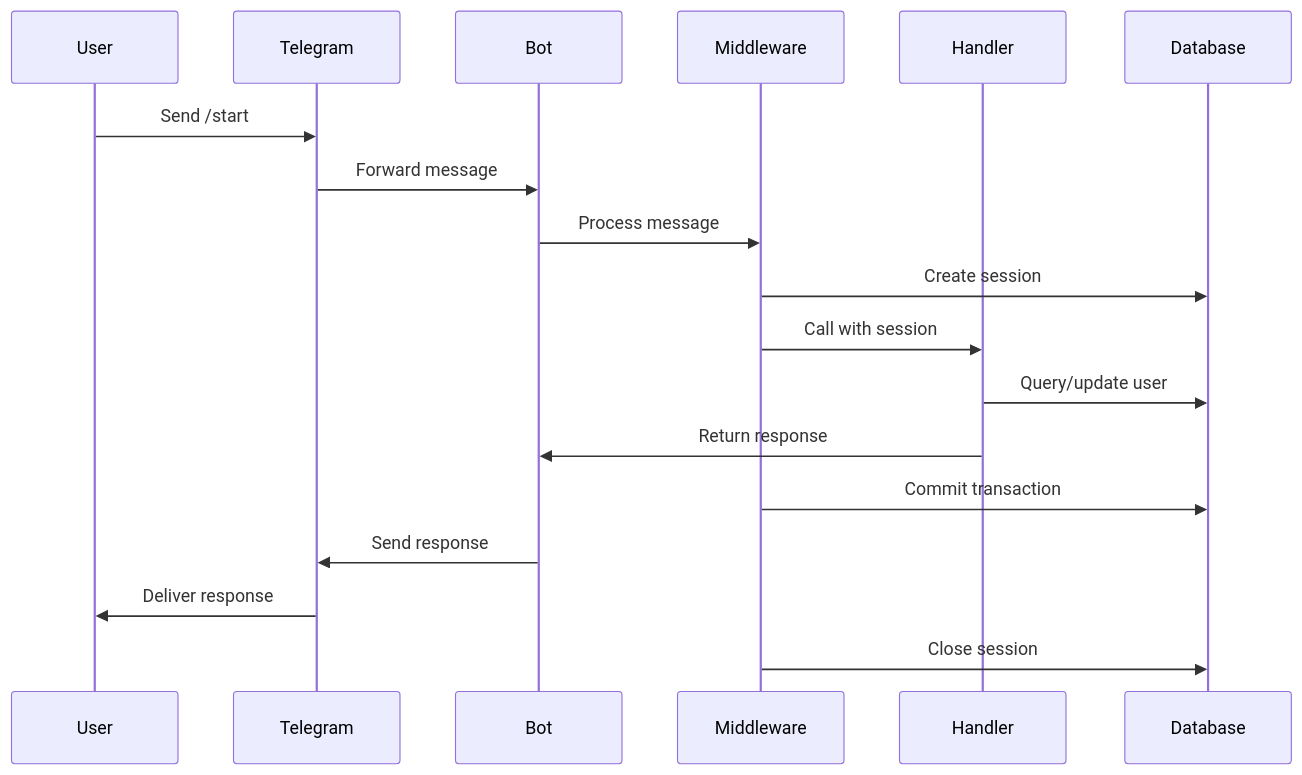
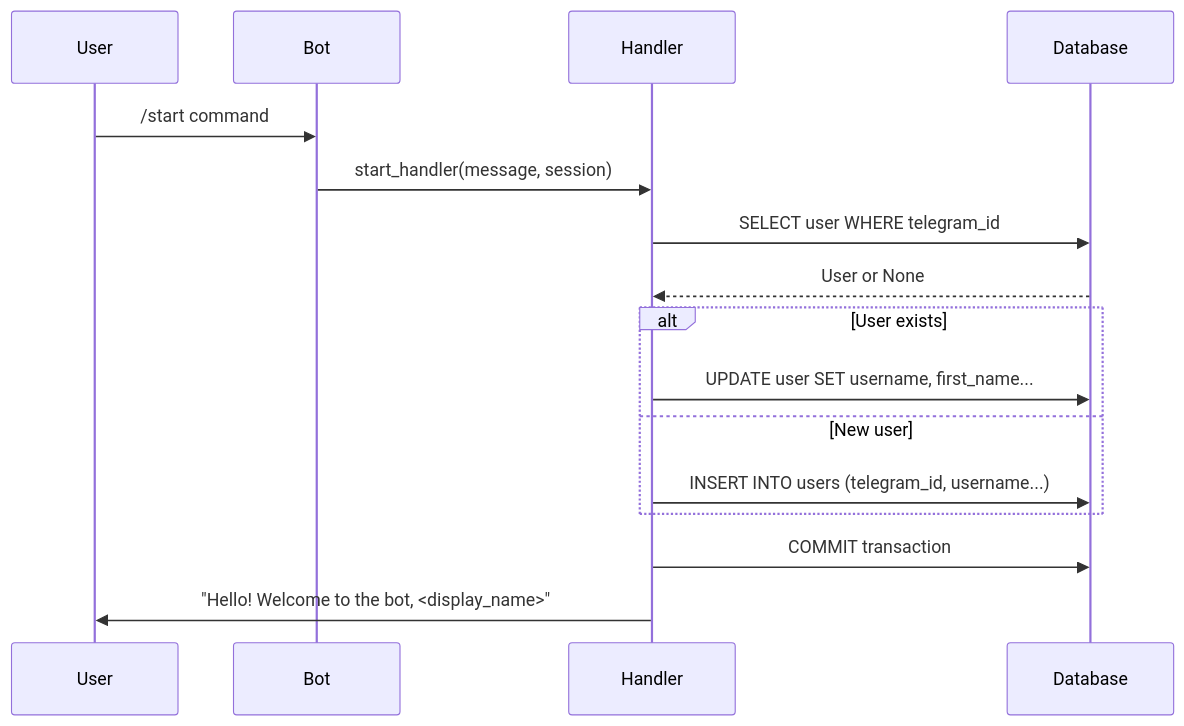
The diagram in docs/API.md (ivan-hilckov/hello-bot), drawn with Mermaid before and after one commit. The commit also changed other lines of this file and 14 other files, not shown here.

First line of the commit message:
refactor: overhaul Hello Bot architecture for simplicity

````diff
--- a/docs/API.md
+++ b/docs/API.md
@@ -304,21 +50,21 @@
 ```mermaid
 sequenceDiagram
-    participant User
-    participant Telegram
-    participant Bot
-    participant Middleware
-    participant Handler
-    participant Database
+    participant U as User
+    participant B as Bot
+    participant H as Handler
+    participant D as Database
 
-    User->>Telegram: Send /start
-    Telegram->>Bot: Forward message
-    Bot->>Middleware: Process message
-    Middleware->>Database: Create session
-    Middleware->>Handler: Call with session
-    Handler->>Database: Query/update user
-    Handler->>Bot: Return response
-    Middleware->>Database: Commit transaction
-    Bot->>Telegram: Send response
-    Telegram->>User: Deliver response
-    Middleware->>Database: Close session
+    U->>B: /start command
+    B->>H: start_handler(message, session)
+    H->>D: SELECT user WHERE telegram_id
+    D-->>H: User or None
+
+    alt User exists
+        H->>D: UPDATE user SET username, first_name...
+    else New user
+        H->>D: INSERT INTO users (telegram_id, username...)
+    end
+
+    H->>D: COMMIT transaction
+    H->>U: "Hello! Welcome to the bot, <display_name>"
 ```
````
